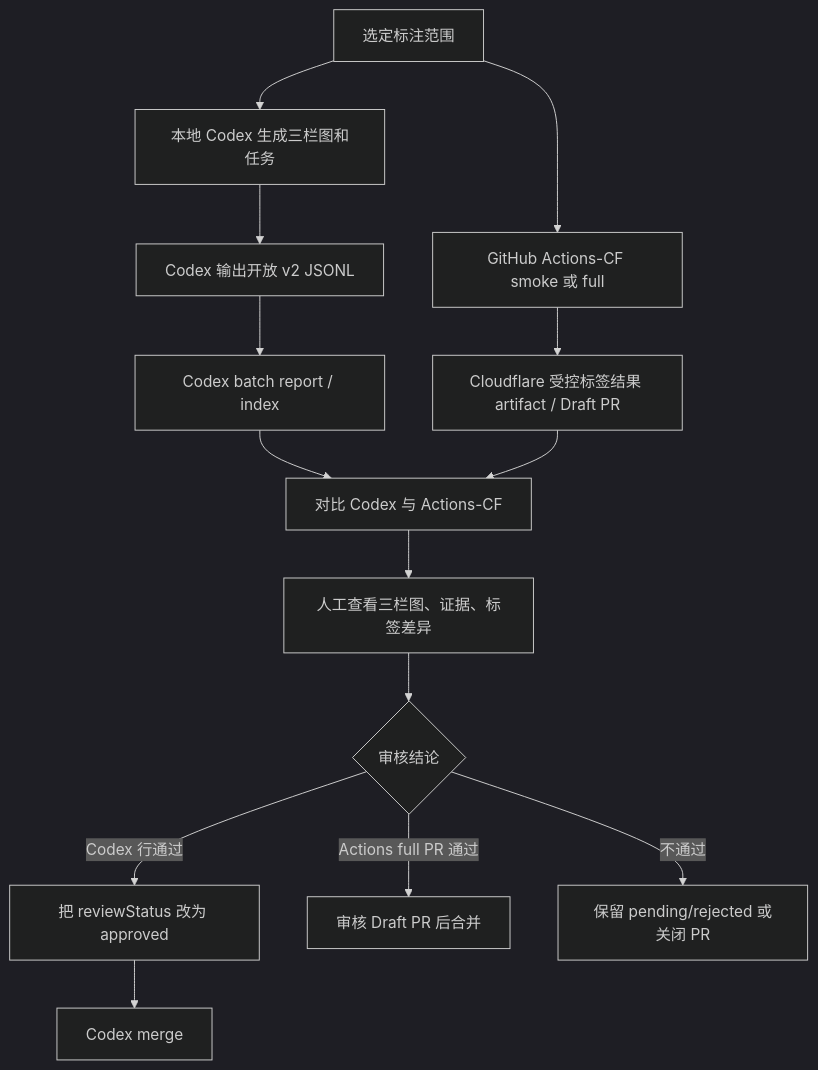
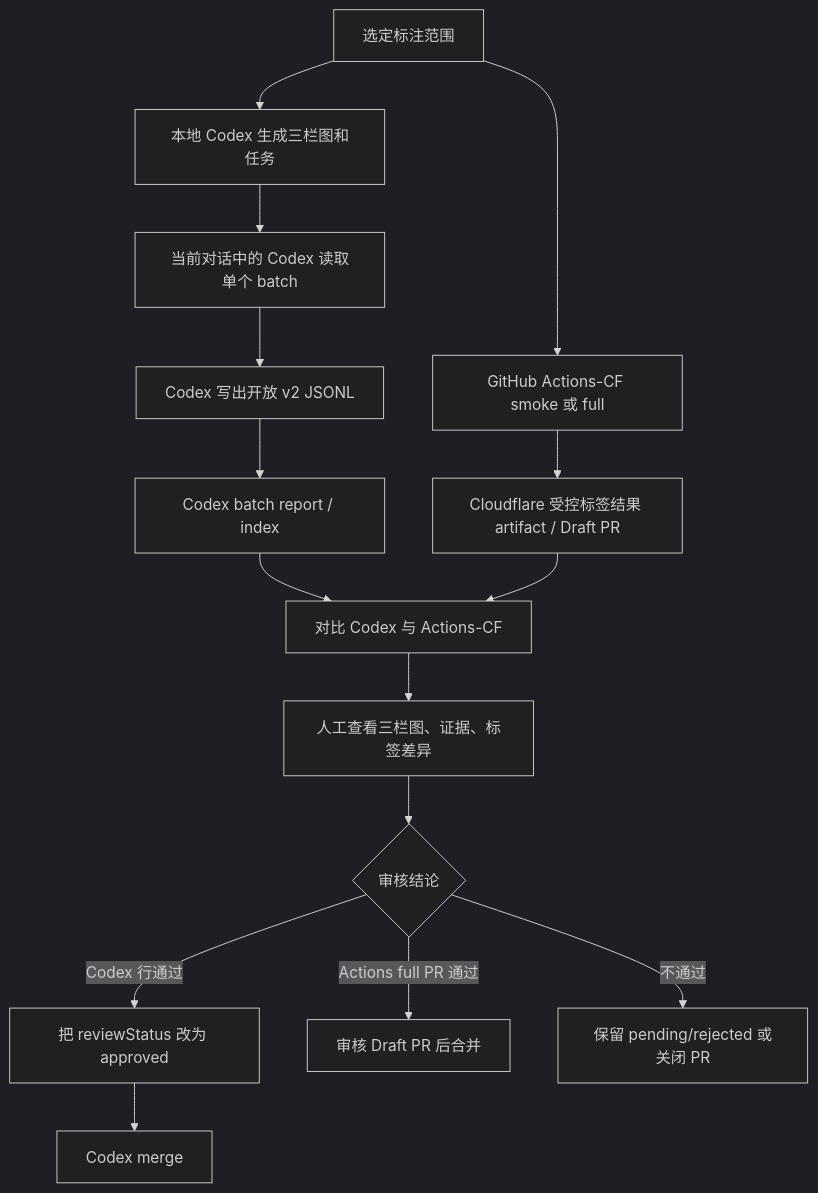
Before and after one commit to wishflow/duolingo-avator-creator: the diagram in docs/agent-steps/03.3-semantic-labeling-operations.md, drawn with Mermaid (dark theme). The commit also changed other lines of this file and 1 other file, not shown here.

Commit message:
Clarify Codex semantic labeling workflow

````diff
--- a/docs/agent-steps/03.3-semantic-labeling-operations.md
+++ b/docs/agent-steps/03.3-semantic-labeling-operations.md
@@ -37,18 +42,19 @@
 ```mermaid
 flowchart TD
   A[选定标注范围] --> B[本地 Codex 生成三栏图和任务]
-  B --> C[Codex 输出开放 v2 JSONL]
-  C --> D[Codex batch report / index]
+  B --> C[当前对话中的 Codex 读取单个 batch]
+  C --> N[Codex 写出开放 v2 JSONL]
+  N --> D[Codex batch report / index]
 
   A --> E[GitHub Actions-CF smoke 或 full]
   E --> F[Cloudflare 受控标签结果 artifact / Draft PR]
 
   D --> G[对比 Codex 与 Actions-CF]
   F --> G
   G --> H[人工查看三栏图、证据、标签差异]
   H --> I{审核结论}
   I -- Codex 行通过 --> J[把 reviewStatus 改为 approved]
   J --> K[Codex merge]
   I -- Actions full PR 通过 --> L[审核 Draft PR 后合并]
   I -- 不通过 --> M[保留 pending/rejected 或关闭 PR]
 ```
````
